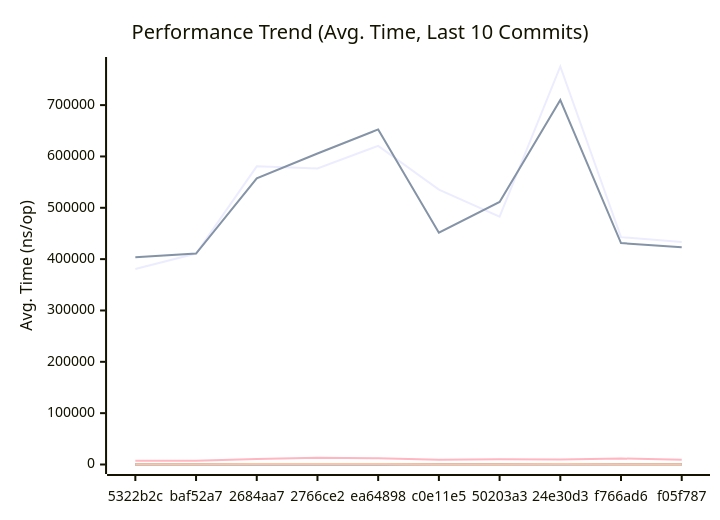
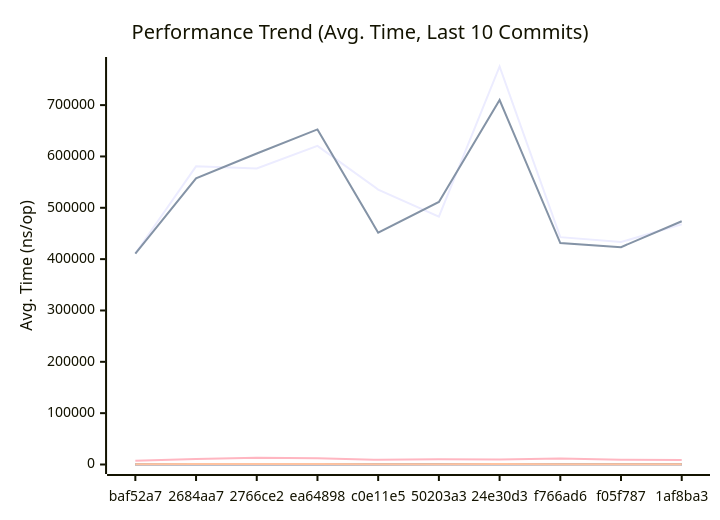
One commit to alsotoes/momo changed the first of 3 diagrams in docs/PERFORMANCE.md. Above: the diagram before and after it, drawn with Mermaid. The commit also changed other lines of this file and 3 other files, not shown here.

````diff
--- a/docs/PERFORMANCE.md
+++ b/docs/PERFORMANCE.md
@@ -145,20 +145,20 @@
 ```mermaid
 xychart-beta
     title "Performance Trend (Avg. Time, Last 10 Commits)"
     x-axis "Commit"
     y-axis "Avg. Time (ns/op)"
-    x-axis [5322b2c,baf52a7,2684aa7,2766ce2,ea64898,c0e11e5,50203a3,24e30d3,f766ad6,f05f787]
-    line "AWSChunkedReaderSigned" [380899,410944,580705,576464,620631,535526,482680,775197,442836,433269]
-    line "AWSChunkedReaderUnsigned" [403705,410907,557512,605728,652637,451534,511362,709921,431233,423356]
-    line "CheckMetricsAndSwap" [9,7,10,11,10,9,10,9,8,8]
-    line "CrushOptimized" [296,264,368,415,420,335,311,403,380,323]
-    line "CrushOriginal" [375,370,598,664,874,456,584,546,566,539]
-    line "IndexDirectTracking" [0,0,0,0,0,1,0,0,0,0]
-    line "IndexSearch" [3,3,3,4,3,3,3,3,3,3]
-    line "LoadGlobalConfig" [7234,7096,10842,13042,12014,9184,10419,9722,11718,9120]
-    line "PadString" [35,34,55,63,56,46,48,53,45,44]
+    x-axis [baf52a7,2684aa7,2766ce2,ea64898,c0e11e5,50203a3,24e30d3,f766ad6,f05f787,1af8ba3]
+    line "AWSChunkedReaderSigned" [410944,580705,576464,620631,535526,482680,775197,442836,433269,467911]
+    line "AWSChunkedReaderUnsigned" [410907,557512,605728,652637,451534,511362,709921,431233,423356,473836]
+    line "CheckMetricsAndSwap" [7,10,11,10,9,10,9,8,8,9]
+    line "CrushOptimized" [264,368,415,420,335,311,403,380,323,338]
+    line "CrushOriginal" [370,598,664,874,456,584,546,566,539,451]
+    line "IndexDirectTracking" [0,0,0,0,1,0,0,0,0,0]
+    line "IndexSearch" [3,3,4,3,3,3,3,3,3,3]
+    line "LoadGlobalConfig" [7096,10842,13042,12014,9184,10419,9722,11718,9120,8887]
+    line "PadString" [34,55,63,56,46,48,53,45,44,42]
     line "ParseReplicationOrder_NoPrealloc" [350,349,357,354,345,225,229,165,232,234]
     line "ParseReplicationOrder_Prealloc" [229,231,237,234,229,108,107,80,110,109]
-    line "SanitizeLog/Safe" [398,379,530,569,614,504,554,457,620,444]
-    line "SanitizeLog/Unsafe" [482,537,734,816,804,636,638,832,535,520]
+    line "SanitizeLog/Safe" [379,530,569,614,504,554,457,620,444,414]
+    line "SanitizeLog/Unsafe" [537,734,816,804,636,638,832,535,520,662]
 ```
````
